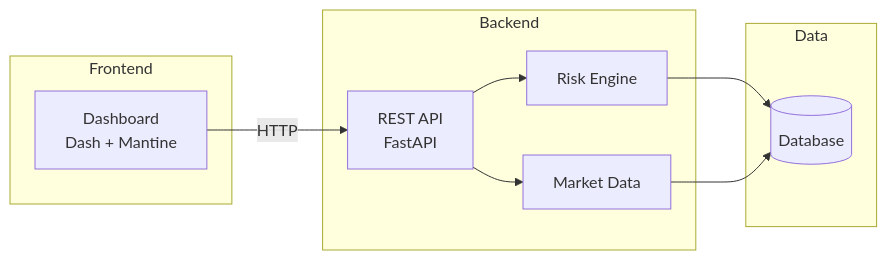
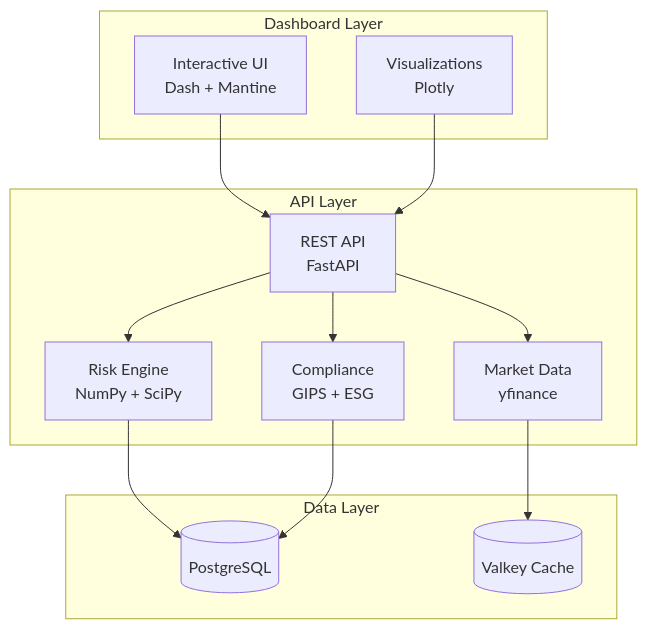
The first of 2 diagrams in dashboard/src/docs/overview.md (bfozone/cerberusrisk), drawn with Mermaid before and after one commit. The commit also changed other lines of this file and 8 other files, not shown here.

````diff
--- a/dashboard/src/docs/overview.md
+++ b/dashboard/src/docs/overview.md
@@ -18,22 +45,28 @@
 ```mermaid
-flowchart LR
-    subgraph Frontend
-        D[Dashboard<br/>Dash + Mantine]
+flowchart TB
+    subgraph Frontend["Dashboard Layer"]
+        UI[Interactive UI<br/>Dash + Mantine]
+        Charts[Visualizations<br/>Plotly]
     end
 
-    subgraph Backend
-        A[REST API<br/>FastAPI]
-        R[Risk Engine]
-        M[Market Data]
+    subgraph Backend["API Layer"]
+        API[REST API<br/>FastAPI]
+        Risk[Risk Engine<br/>NumPy + SciPy]
+        Market[Market Data<br/>yfinance]
+        Compliance[Compliance<br/>GIPS + ESG]
     end
 
-    subgraph Data
-        DB[(Database)]
+    subgraph Data["Data Layer"]
+        DB[(PostgreSQL)]
+        Cache[(Valkey Cache)]
     end
 
-    D -->|HTTP| A
-    A --> R
-    A --> M
-    R --> DB
-    M --> DB
+    UI --> API
+    Charts --> API
+    API --> Risk
+    API --> Market
+    API --> Compliance
+    Risk --> DB
+    Market --> Cache
+    Compliance --> DB
 ```
````
